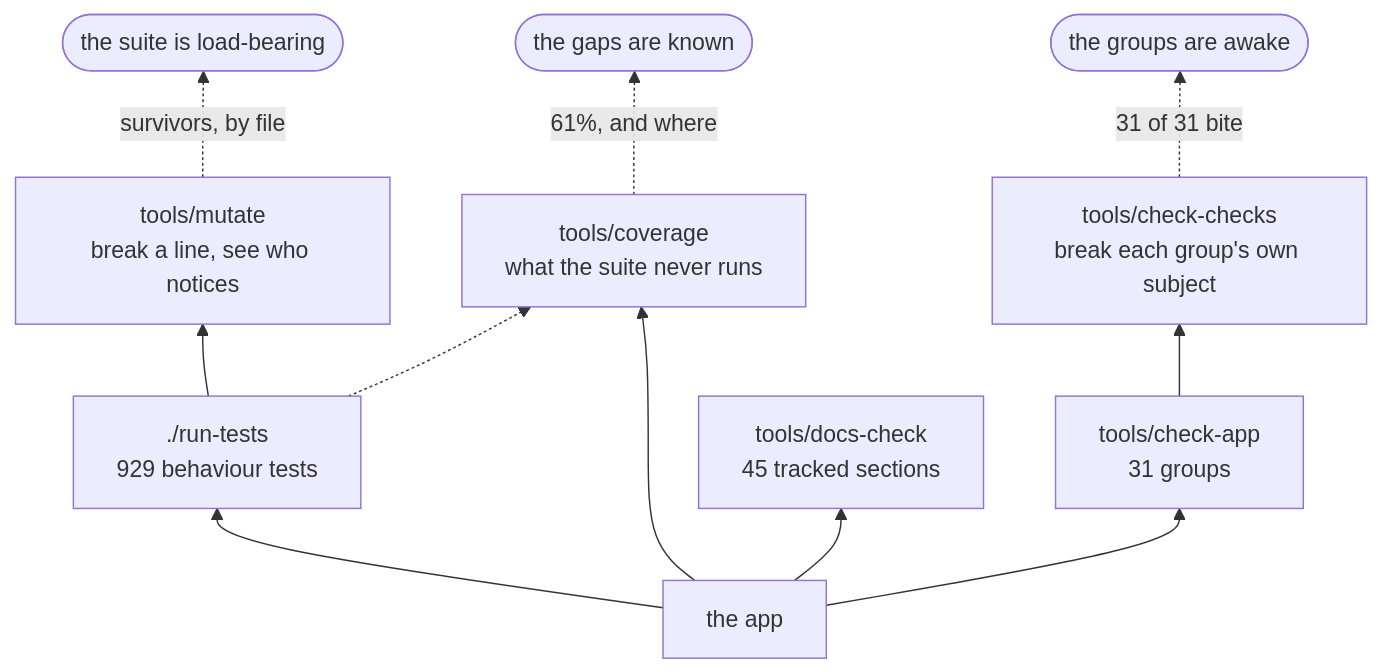
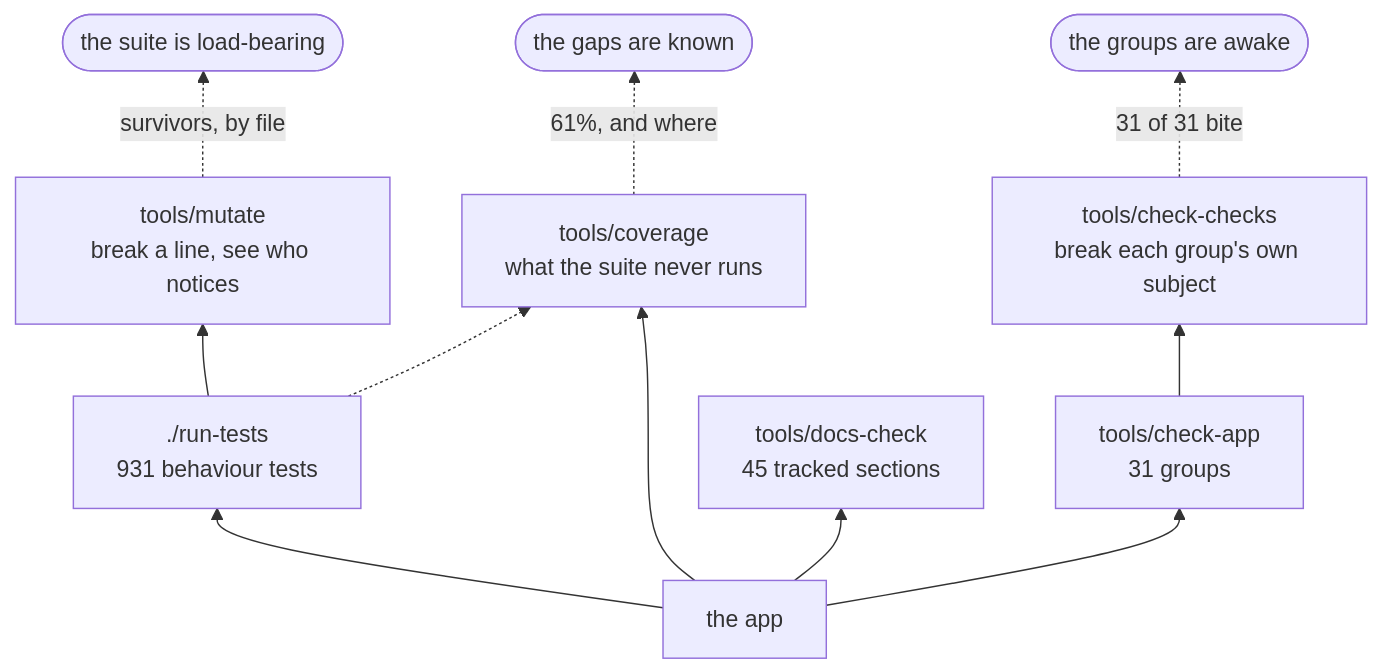
The second of 3 diagrams in docs/DEVELOPING.md (minormending/crystal-pilot-mobile), drawn with Mermaid before and after one commit. The commit also changed other lines of this file and 3 other files, not shown here.

````diff
--- a/docs/DEVELOPING.md
+++ b/docs/DEVELOPING.md
@@ -128,13 +128,13 @@
 ```mermaid
 flowchart BT
-    C["the app"] --> T["./run-tests<br/>929 behaviour tests"]
+    C["the app"] --> T["./run-tests<br/>931 behaviour tests"]
     C --> A["tools/check-app<br/>31 groups"]
     C --> D["tools/docs-check<br/>45 tracked sections"]
     C --> V["tools/coverage<br/>what the suite never runs"]
     T --> M["tools/mutate<br/>break a line, see who notices"]
     A --> K["tools/check-checks<br/>break each group's own subject"]
     T -.-> V
     M -.->|"survivors, by file"| R(["the suite is load-bearing"])
     K -.->|"31 of 31 bite"| R2(["the groups are awake"])
     V -.->|"61%, and where"| R3(["the gaps are known"])
 ```
````
